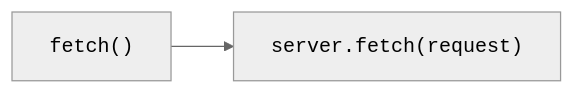
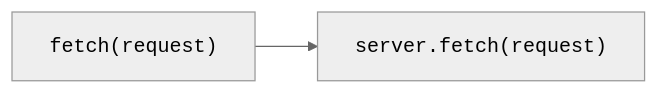
One commit to h3js/h3 changed the first of 4 diagrams in docs/1.guide/1.basics/1.lifecycle.md. Above: the diagram before and after it, drawn with Mermaid. The commit also changed other lines of this file and 10 other files, not shown here.

````diff
--- a/docs/1.guide/1.basics/1.lifecycle.md
+++ b/docs/1.guide/1.basics/1.lifecycle.md
@@ -15,7 +15,7 @@
 ```mermaid
 %%{init: {'theme':'neutral'}}%%
 flowchart LR
-  A1["<code>fetch()</code>"] --> A2["<code>server.fetch(request)</code>"]
+  A1["<code>fetch(request)</code>"] --> A2["<code>server.fetch(request)</code>"]
 
 click A2 "/guide/api/h3#h3fetch"
 ```
````
